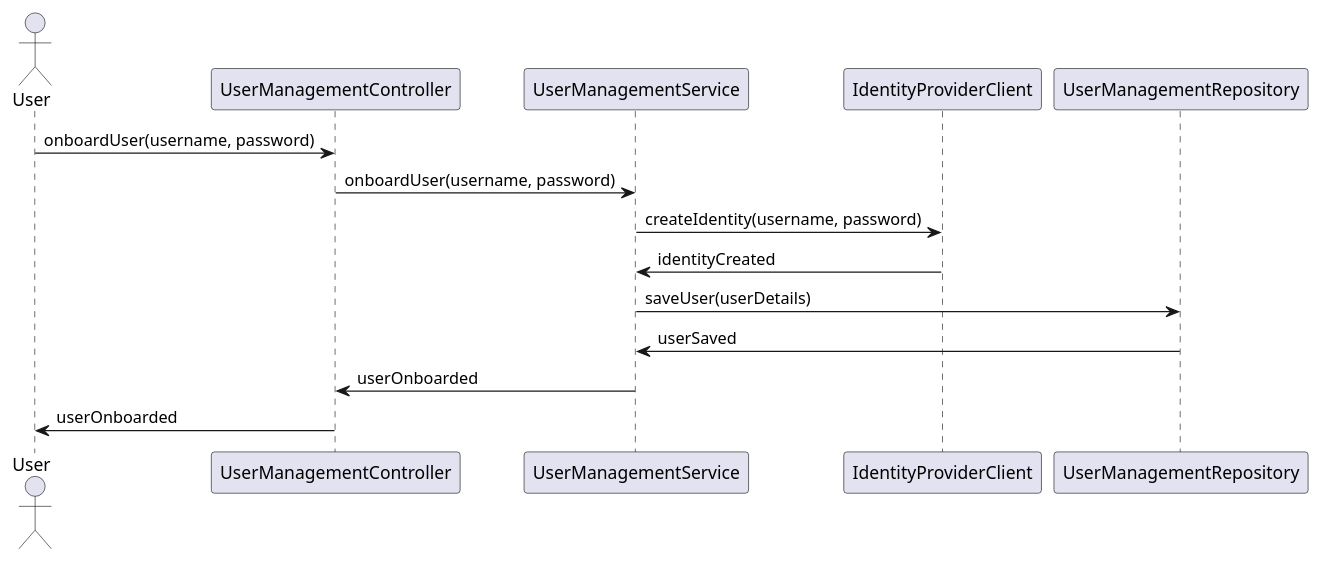
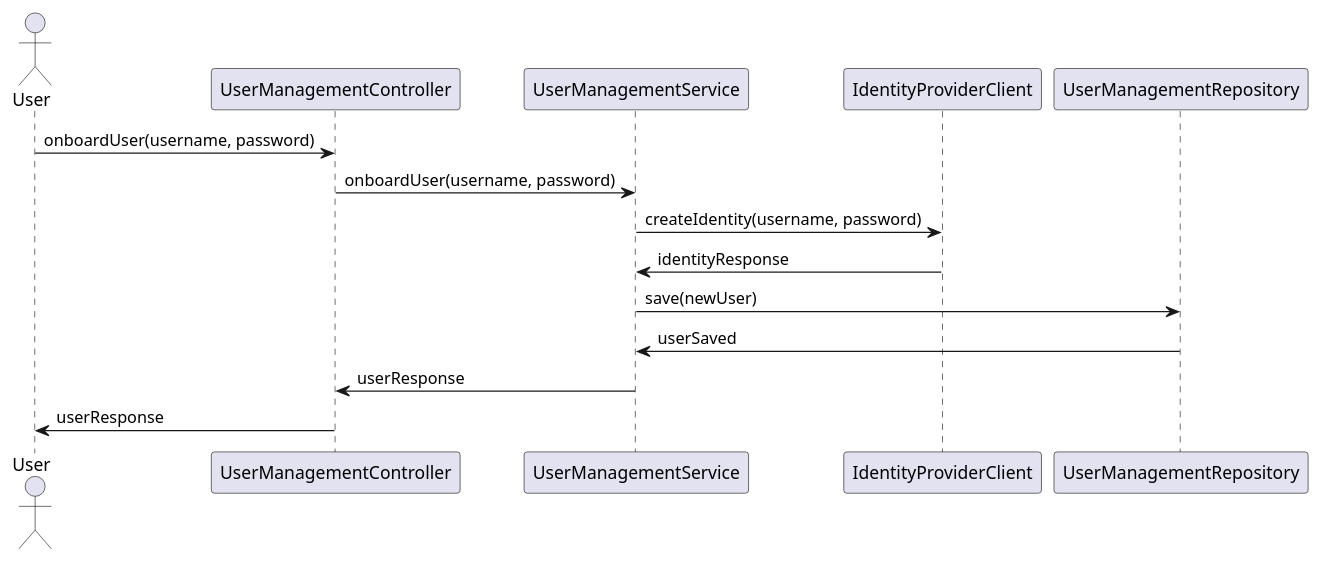
One commit to Dinesh-s95/AutoDoc.ai changed the first of 4 diagrams in usermanagement/documentation/detaileddesign.adoc. Above: the diagram before and after it, drawn with PlantUML. The commit also changed other lines of this file and 15 other files, not shown here.

```diff
--- a/usermanagement/documentation/detaileddesign.adoc
+++ b/usermanagement/documentation/detaileddesign.adoc
@@ -108,19 +105,19 @@
-[plantuml, user-registration-flow, png]
+[plantuml, user-registration-sequence, png]
 ----
 @startuml
 actor User
 participant "UserManagementController" as Controller
 participant "UserManagementService" as Service
 participant "IdentityProviderClient" as IdentityProvider
 participant "UserManagementRepository" as Repository
 
 User -> Controller : onboardUser(username, password)
 Controller -> Service : onboardUser(username, password)
 Service -> IdentityProvider : createIdentity(username, password)
-IdentityProvider -> Service : identityCreated
-Service -> Repository : saveUser(userDetails)
+IdentityProvider -> Service : identityResponse
+Service -> Repository : save(newUser)
 Repository -> Service : userSaved
-Service -> Controller : userOnboarded
-Controller -> User : userOnboarded
+Service -> Controller : userResponse
+Controller -> User : userResponse
 @enduml
 ----
```
